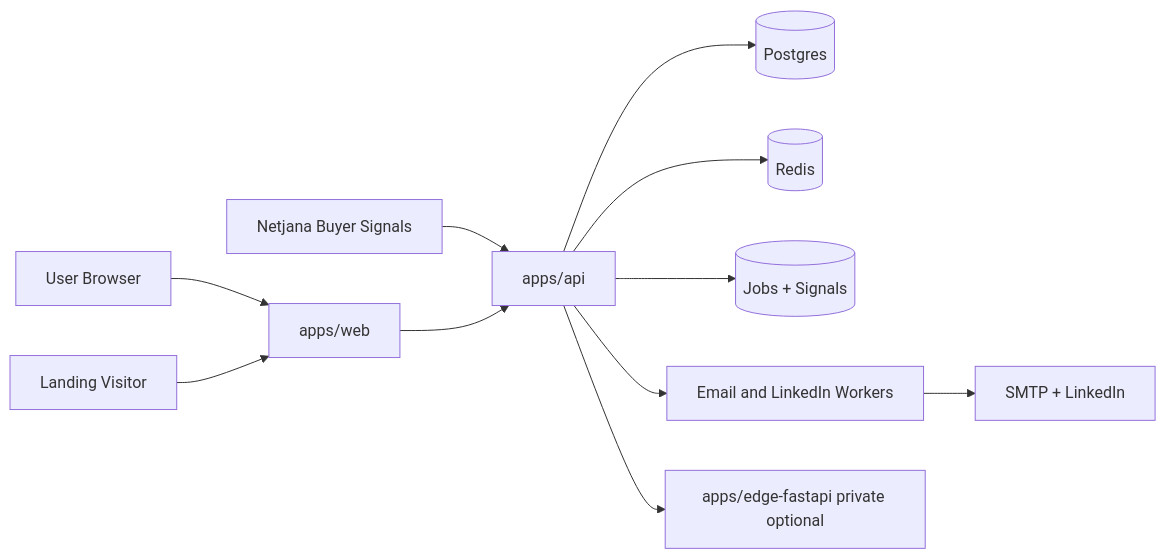
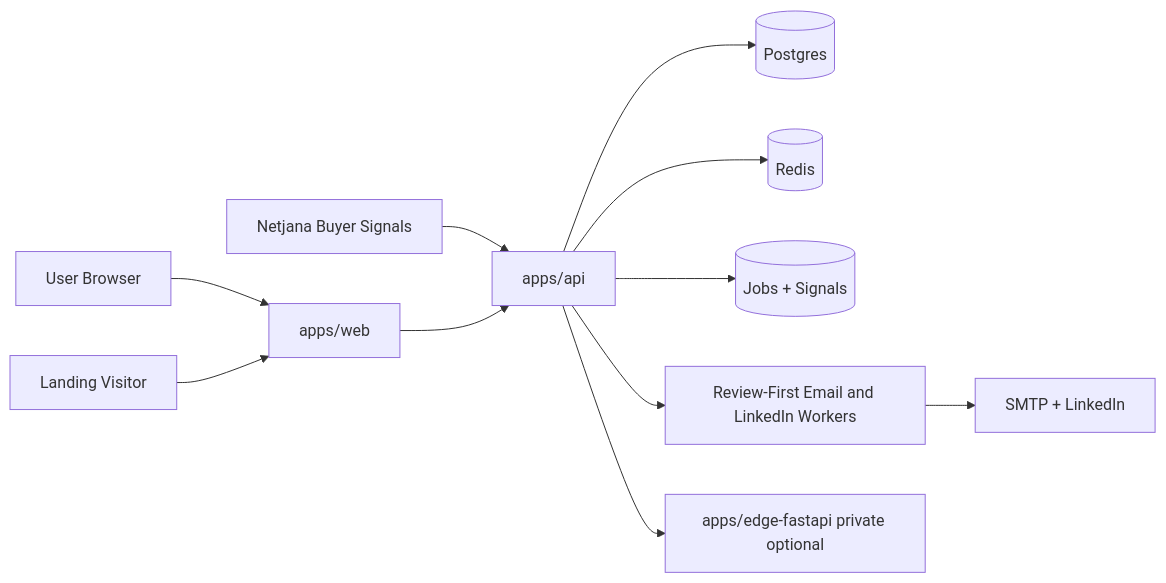
Before and after one commit to Convospanai-outreach/fullstack: the first of 2 diagrams in MASTER_SYSTEM_ARCHITECTURE.md, drawn with Mermaid. The commit also changed other lines of this file and 23 other files, not shown here.

````diff
--- a/MASTER_SYSTEM_ARCHITECTURE.md
+++ b/MASTER_SYSTEM_ARCHITECTURE.md
@@ -30,13 +31,13 @@
 ```mermaid
 flowchart LR
     U[User Browser] --> W[apps/web]
     V[Landing Visitor] --> W
     N[Netjana Buyer Signals] --> A[apps/api]
     W --> A[apps/api]
     A --> P[(Postgres)]
     A --> R[(Redis)]
     A --> J[(Jobs + Signals)]
-    A --> C[Email and LinkedIn Workers]
+    A --> C[Review-First Email and LinkedIn Workers]
     C --> X[SMTP + LinkedIn]
     A --> E[apps/edge-fastapi private optional]
 ```
````
